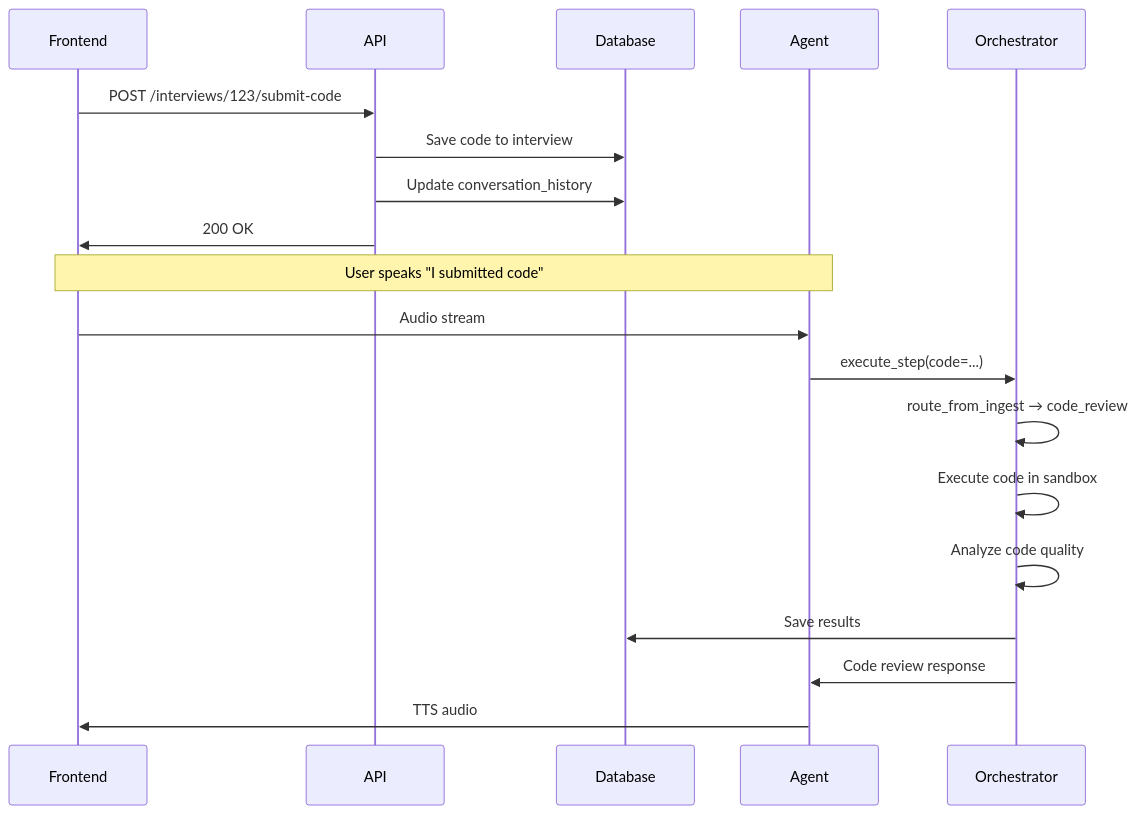
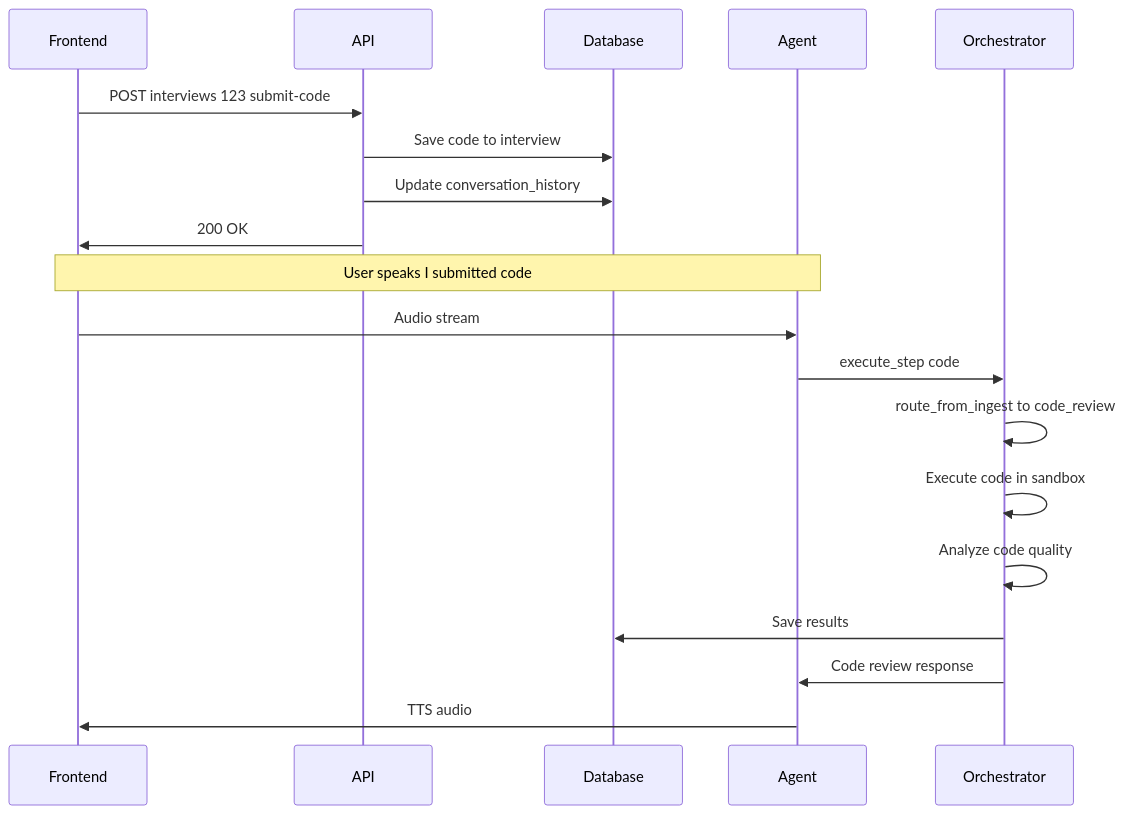
The diagram in docs/LOCAL_DEVELOPMENT.md (StephaneWamba/InterviewLab), drawn with Mermaid before and after one commit. The commit also changed other lines of this file and 6 other files, not shown here.

Commit message:
Add concise explanations between diagrams in documentation - show deep system knowledge

````diff
--- a/docs/LOCAL_DEVELOPMENT.md
+++ b/docs/LOCAL_DEVELOPMENT.md
@@ -263,23 +263,23 @@
 ```mermaid
 sequenceDiagram
     participant F as Frontend
     participant A as API
     participant D as Database
     participant AG as Agent
     participant O as Orchestrator
 
-    F->>A: POST /interviews/123/submit-code
+    F->>A: POST interviews 123 submit-code
     A->>D: Save code to interview
     A->>D: Update conversation_history
     A->>F: 200 OK
 
-    Note over F,AG: User speaks "I submitted code"
+    Note over F,AG: User speaks I submitted code
     F->>AG: Audio stream
-    AG->>O: execute_step(code=...)
-    O->>O: route_from_ingest → code_review
+    AG->>O: execute_step code
+    O->>O: route_from_ingest to code_review
     O->>O: Execute code in sandbox
     O->>O: Analyze code quality
     O->>D: Save results
     O->>AG: Code review response
     AG->>F: TTS audio
 ```
````
